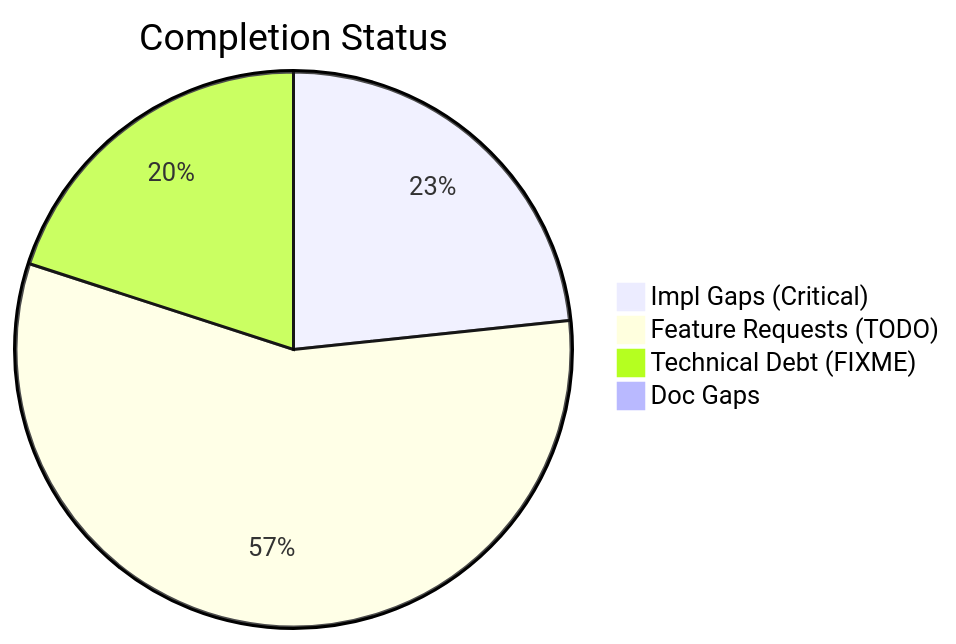
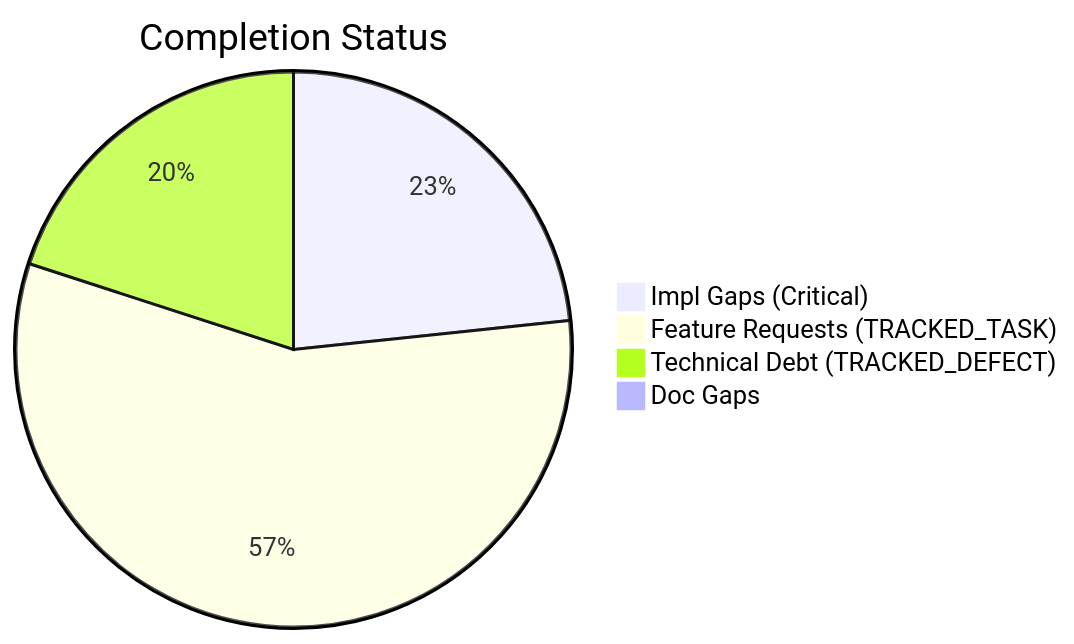
Before and after one commit to D-sorganization/Tools: the first of 2 diagrams in docs/assessments/completist/Completist_Report_2026-03-19.md, drawn with Mermaid. The commit also changed other lines of this file and 101 other files, not shown here.

````diff
--- a/docs/assessments/completist/Completist_Report_2026-03-19.md
+++ b/docs/assessments/completist/Completist_Report_2026-03-19.md
@@ -11,7 +11,7 @@
 ```mermaid
 pie title Completion Status
     "Impl Gaps (Critical)" : 7
-    "Feature Requests (TODO)" : 17
-    "Technical Debt (FIXME)" : 6
+    "Feature Requests (TRACKED_TASK)" : 17
+    "Technical Debt (TRACKED_DEFECT)" : 6
     "Doc Gaps" : 0
 ```
````
